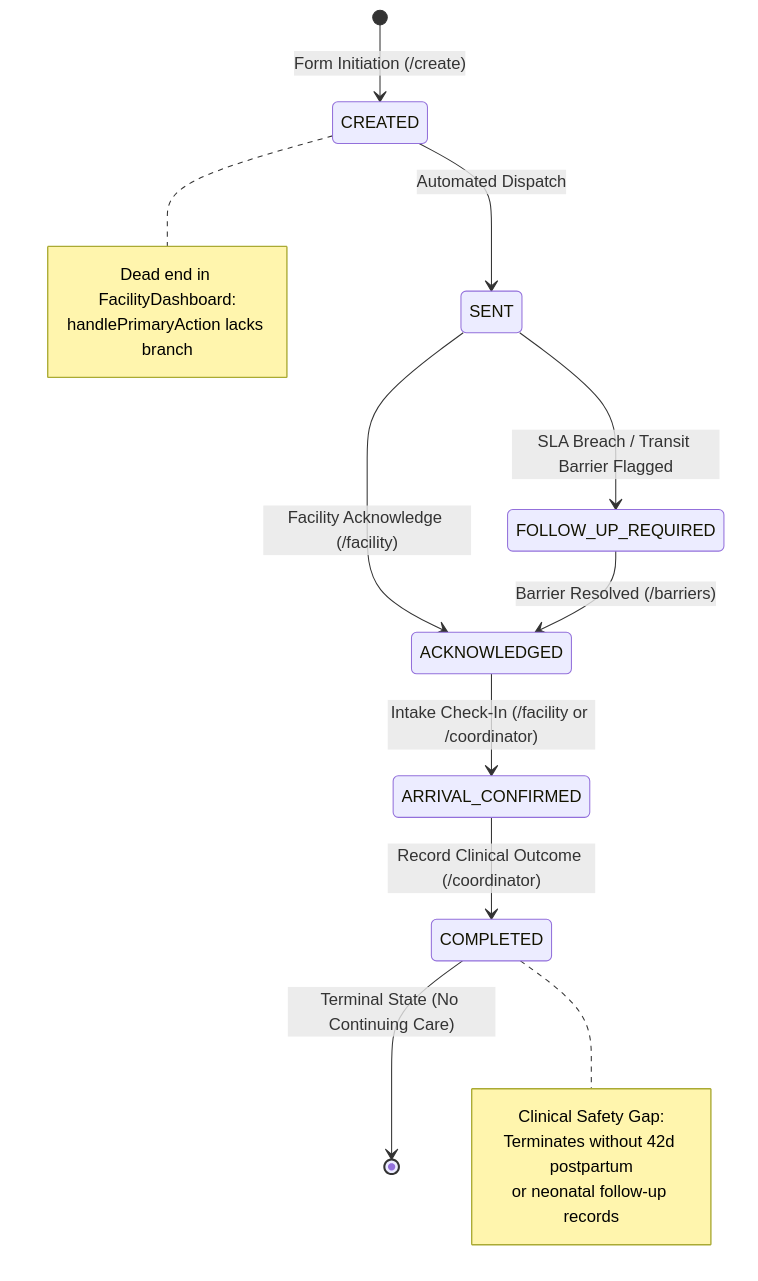
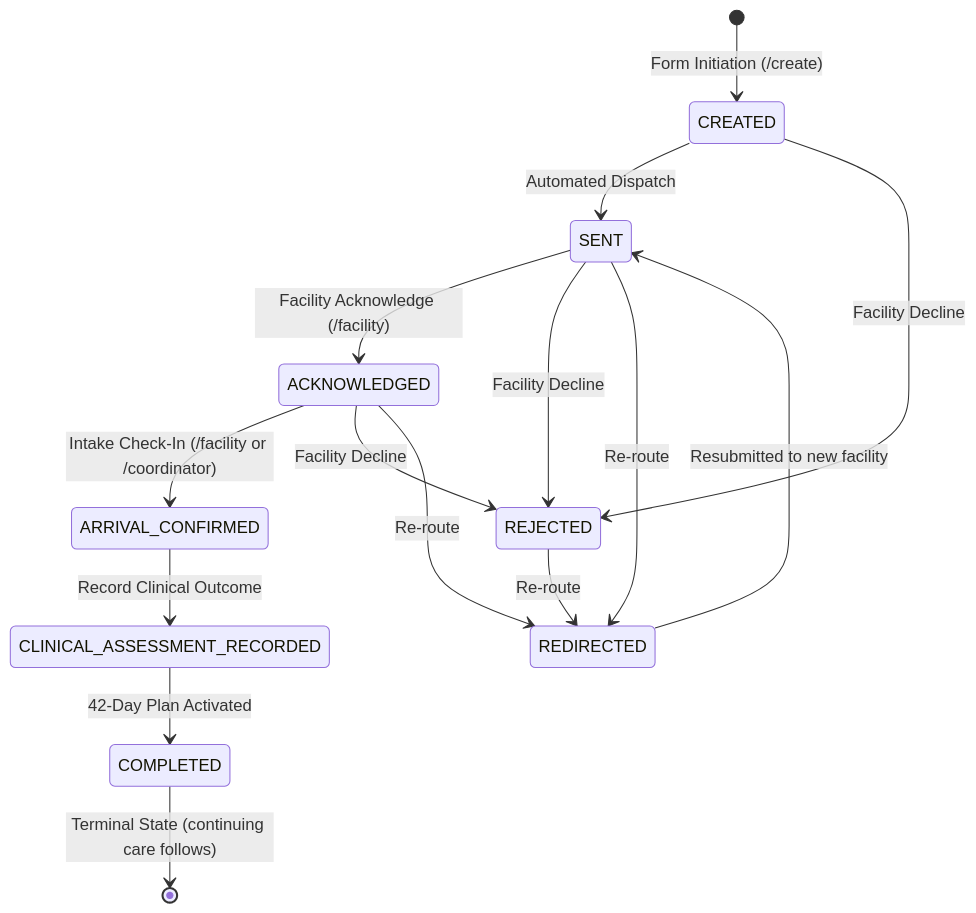
The diagram in docs/REFERRAL_LIFECYCLE_AUDIT.md (Shabnam852/health-a-thon), drawn with Mermaid before and after one commit. The commit also changed other lines of this file and 12 other files, not shown here.

````diff
--- a/docs/REFERRAL_LIFECYCLE_AUDIT.md
+++ b/docs/REFERRAL_LIFECYCLE_AUDIT.md
@@ -12,22 +12,17 @@
 ```mermaid
 stateDiagram-v2
     [*] --> CREATED: Form Initiation (/create)
     CREATED --> SENT: Automated Dispatch
+    CREATED --> REJECTED: Facility Decline
     SENT --> ACKNOWLEDGED: Facility Acknowledge (/facility)
-    SENT --> FOLLOW_UP_REQUIRED: SLA Breach / Transit Barrier Flagged
-    FOLLOW_UP_REQUIRED --> ACKNOWLEDGED: Barrier Resolved (/barriers)
+    SENT --> REJECTED: Facility Decline
+    SENT --> REDIRECTED: Re-route
     ACKNOWLEDGED --> ARRIVAL_CONFIRMED: Intake Check-In (/facility or /coordinator)
-    ARRIVAL_CONFIRMED --> COMPLETED: Record Clinical Outcome (/coordinator)
-    COMPLETED --> [*]: Terminal State (No Continuing Care)
-
-    note right of CREATED
-      Dead end in FacilityDashboard:
-      handlePrimaryAction lacks branch
-    end note
-
-    note right of COMPLETED
-      Clinical Safety Gap:
-      Terminates without 42d postpartum
-      or neonatal follow-up records
-    end note
+    ACKNOWLEDGED --> REJECTED: Facility Decline
+    ACKNOWLEDGED --> REDIRECTED: Re-route
+    REJECTED --> REDIRECTED: Re-route
+    REDIRECTED --> SENT: Resubmitted to new facility
+    ARRIVAL_CONFIRMED --> CLINICAL_ASSESSMENT_RECORDED: Record Clinical Outcome
+    CLINICAL_ASSESSMENT_RECORDED --> COMPLETED: 42-Day Plan Activated
+    COMPLETED --> [*]: Terminal State (continuing care follows)
 ```
````
